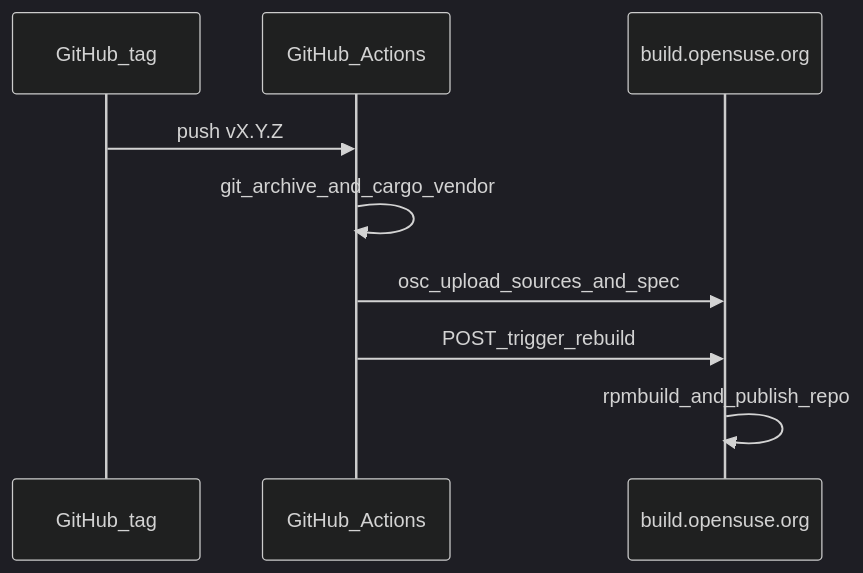
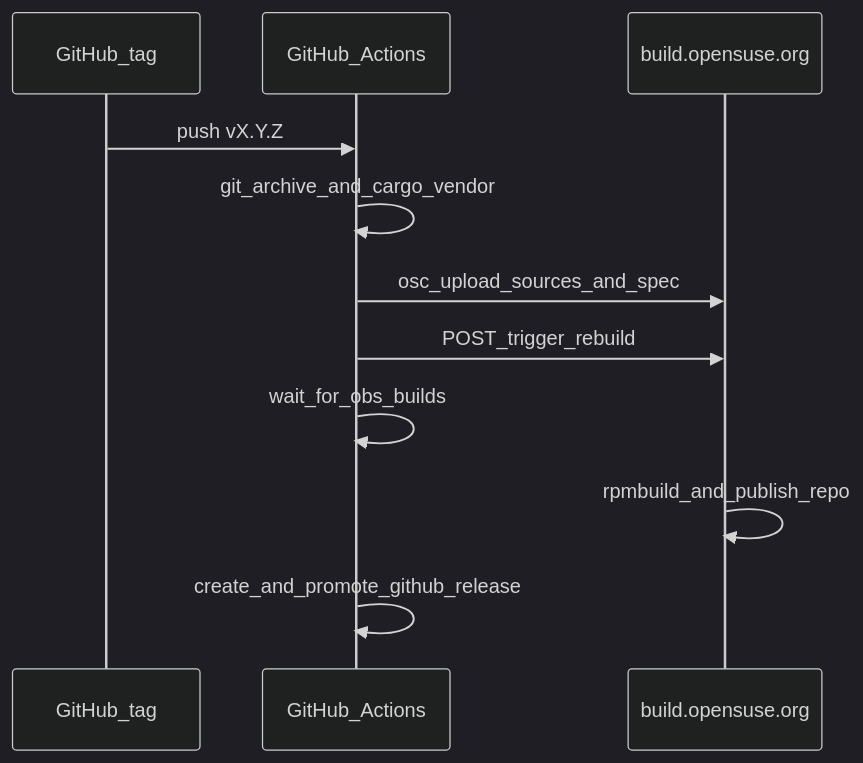
Before and after one commit to verilyze/verilyze: the diagram in packaging/obs/README.md, drawn with Mermaid (dark theme). The commit also changed other lines of this file and 17 other files, not shown here.

First line of the commit message:
fix(release): gate promote on OBS build success

````diff
--- a/packaging/obs/README.md
+++ b/packaging/obs/README.md
@@ -19,11 +19,13 @@
 ```mermaid
 sequenceDiagram
   participant Tag as GitHub_tag
   participant GA as GitHub_Actions
   participant OBS as build.opensuse.org
   Tag->>GA: push vX.Y.Z
   GA->>GA: git_archive_and_cargo_vendor
   GA->>OBS: osc_upload_sources_and_spec
   GA->>OBS: POST_trigger_rebuild
+  GA->>GA: wait_for_obs_builds
   OBS->>OBS: rpmbuild_and_publish_repo
+  GA->>GA: create_and_promote_github_release
 ```
````
